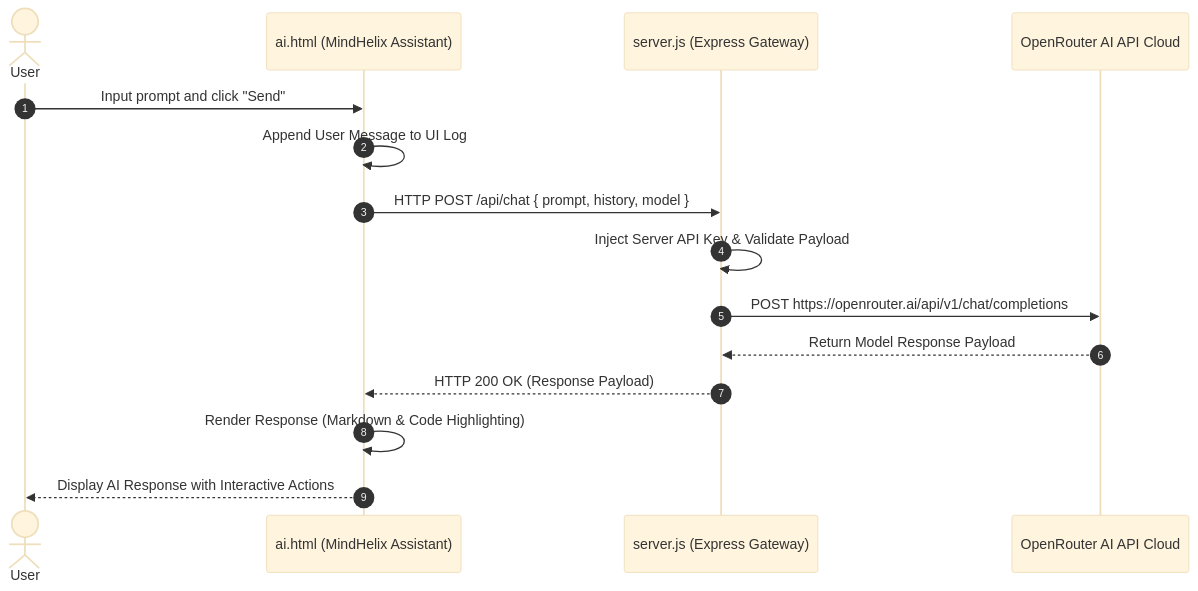
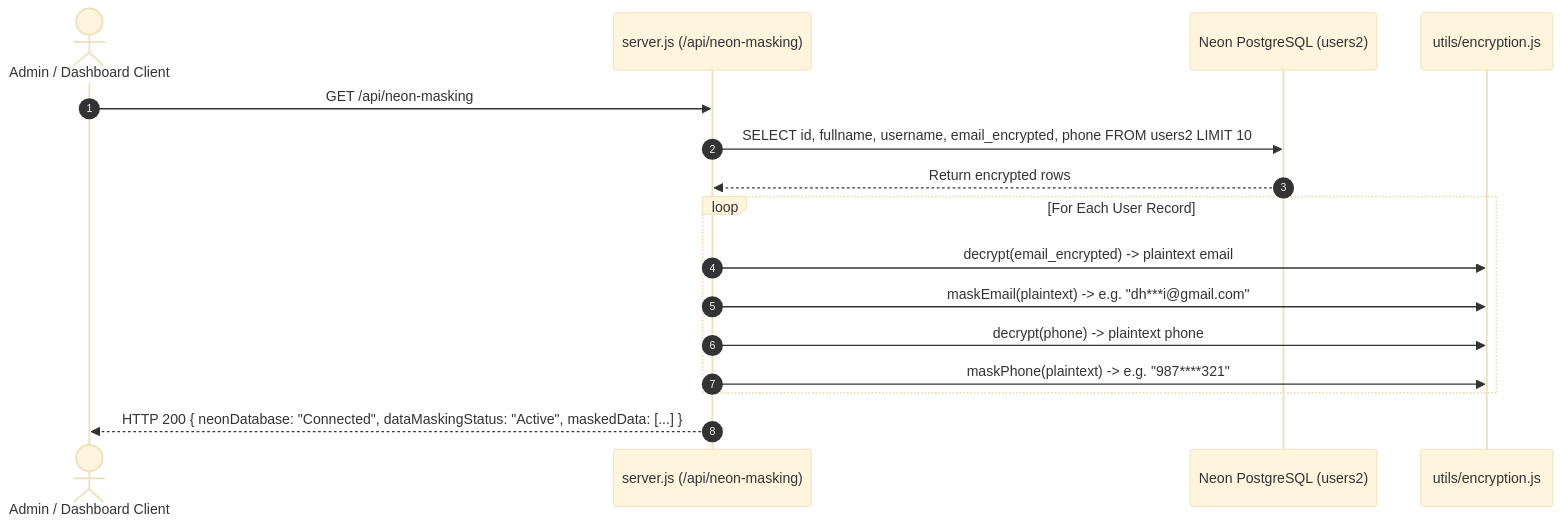
The seventh of 8 diagrams in ARCHITECTURE.md (dhyangandhi/MindHelix-AI), drawn with Mermaid (base theme) before and after one commit. The commit also changed other lines of this file and 1 other file, not shown here.

````diff
--- a/ARCHITECTURE.md
+++ b/ARCHITECTURE.md
@@ -133,18 +287,19 @@
 ```mermaid
 sequenceDiagram
     autonumber
-    actor User
-    participant ChatUI as ai.html (MindHelix Assistant)
-    participant Server as server.js (Express Gateway)
-    participant OpenRouter as OpenRouter AI API Cloud
+    actor Admin as Admin / Dashboard Client
+    participant Server as server.js (/api/neon-masking)
+    participant DB as Neon PostgreSQL (users2)
+    participant Crypto as utils/encryption.js
 
-    User->>ChatUI: Input prompt and click "Send"
-    ChatUI->>ChatUI: Append User Message to UI Log
-    ChatUI->>Server: HTTP POST /api/chat { prompt, history, model }
-    Server->>Server: Inject Server API Key & Validate Payload
-    Server->>OpenRouter: POST https://openrouter.ai/api/v1/chat/completions
-    OpenRouter-->>Server: Return Model Response Payload
-    Server-->>ChatUI: HTTP 200 OK (Response Payload)
-    ChatUI->>ChatUI: Render Response (Markdown & Code Highlighting)
-    ChatUI-->>User: Display AI Response with Interactive Actions
+    Admin->>Server: GET /api/neon-masking
+    Server->>DB: SELECT id, fullname, username, email_encrypted, phone FROM users2 LIMIT 10
+    DB-->>Server: Return encrypted rows
+    loop For Each User Record
+        Server->>Crypto: decrypt(email_encrypted) -> plaintext email
+        Server->>Crypto: maskEmail(plaintext) -> e.g. "dh***i@gmail.com"
+        Server->>Crypto: decrypt(phone) -> plaintext phone
+        Server->>Crypto: maskPhone(plaintext) -> e.g. "987****321"
+    end
+    Server-->>Admin: HTTP 200 { neonDatabase: "Connected", dataMaskingStatus: "Active", maskedData: [...] }
 ```
````
